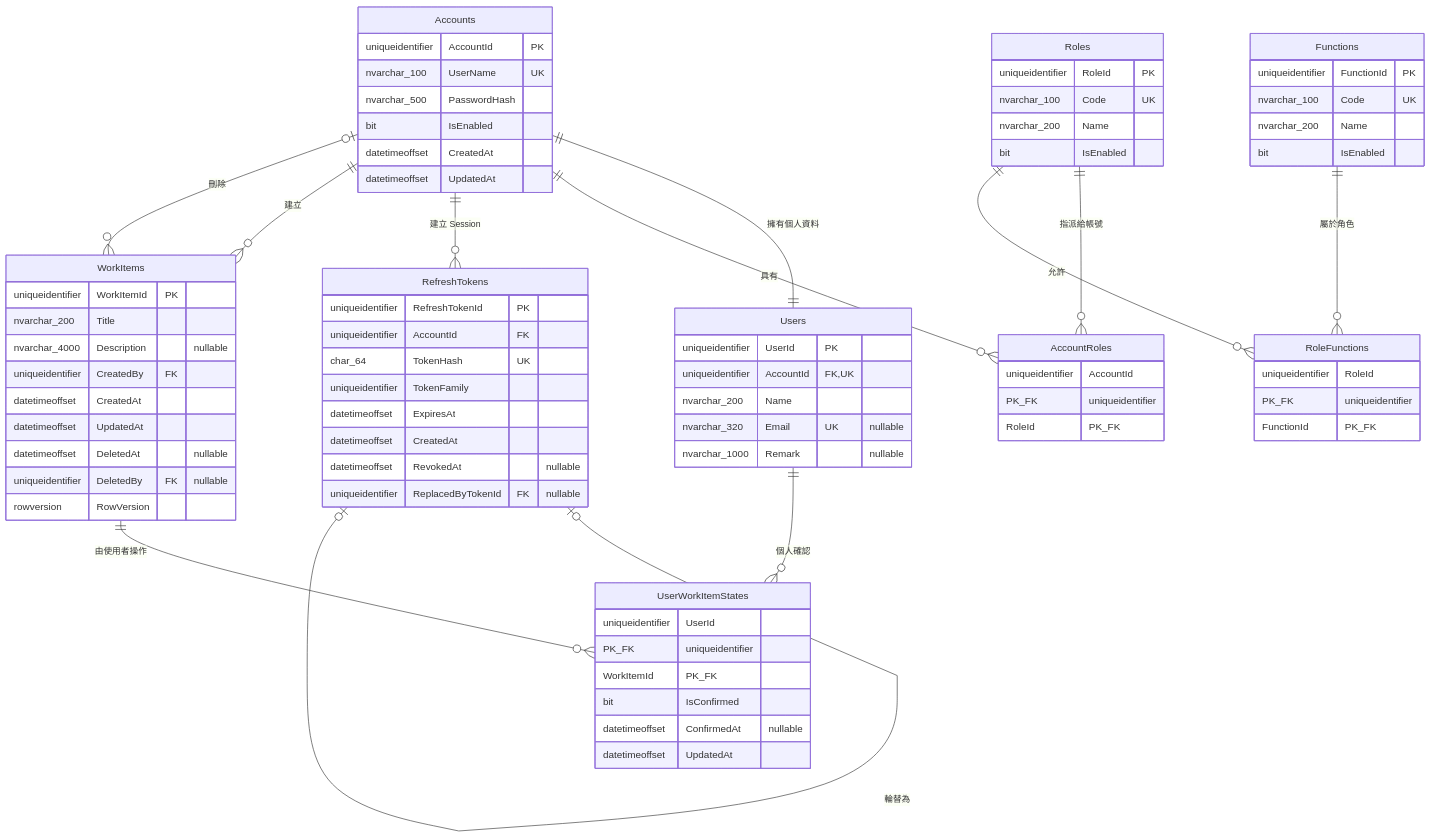
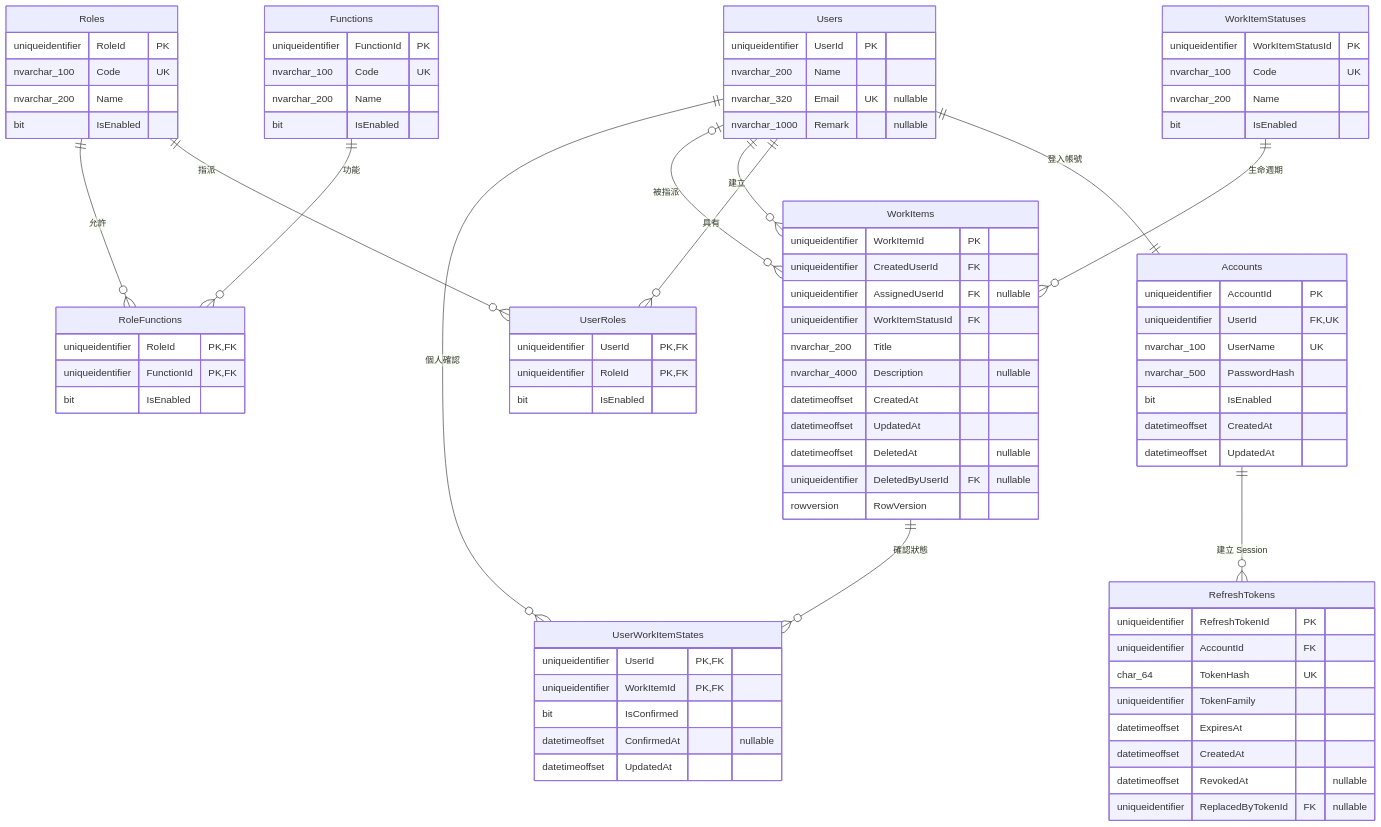
The diagram in database/Schema.md (JJDing-Louis/MyWorkItem_Backend), drawn with Mermaid before and after one commit. The commit also changed other lines of this file and 12 other files, not shown here.

Commit message:
refactor: 對齊初始資料庫草圖

````diff
--- a/database/Schema.md
+++ b/database/Schema.md
@@ -10,31 +26,31 @@
 ```mermaid
 erDiagram
-    Accounts ||--|| Users : "擁有個人資料"
-    Accounts ||--o{ AccountRoles : "具有"
-    Roles ||--o{ AccountRoles : "指派給帳號"
+    Users ||--|| Accounts : "登入帳號"
+    Users ||--o{ UserRoles : "具有"
+    Roles ||--o{ UserRoles : "指派"
     Roles ||--o{ RoleFunctions : "允許"
-    Functions ||--o{ RoleFunctions : "屬於角色"
+    Functions ||--o{ RoleFunctions : "功能"
     Accounts ||--o{ RefreshTokens : "建立 Session"
-    RefreshTokens o|--o| RefreshTokens : "輪替為"
-    Accounts ||--o{ WorkItems : "建立"
-    Accounts o|--o{ WorkItems : "刪除"
+    Users ||--o{ WorkItems : "建立"
+    Users o|--o{ WorkItems : "被指派"
+    WorkItemStatuses ||--o{ WorkItems : "生命週期"
     Users ||--o{ UserWorkItemStates : "個人確認"
-    WorkItems ||--o{ UserWorkItemStates : "由使用者操作"
+    WorkItems ||--o{ UserWorkItemStates : "確認狀態"
 
+    Users {
+        uniqueidentifier UserId PK
+        nvarchar_200 Name
+        nvarchar_320 Email UK "nullable"
+        nvarchar_1000 Remark "nullable"
+    }
     Accounts {
         uniqueidentifier AccountId PK
+        uniqueidentifier UserId FK,UK
         nvarchar_100 UserName UK
         nvarchar_500 PasswordHash
         bit IsEnabled
         datetimeoffset CreatedAt
         datetimeoffset UpdatedAt
-    }
-    Users {
-        uniqueidentifier UserId PK
-        uniqueidentifier AccountId FK,UK
-        nvarchar_200 Name
-        nvarchar_320 Email UK "nullable"
-        nvarchar_1000 Remark "nullable"
     }
     Roles {
         uniqueidentifier RoleId PK
@@ -48,13 +64,41 @@
         nvarchar_200 Name
         bit IsEnabled
     }
-    AccountRoles {
-        uniqueidentifier AccountId PK_FK
-        uniqueidentifier RoleId PK_FK
+    UserRoles {
+        uniqueidentifier UserId PK,FK
+        uniqueidentifier RoleId PK,FK
+        bit IsEnabled
     }
     RoleFunctions {
-        uniqueidentifier RoleId PK_FK
-        uniqueidentifier FunctionId PK_FK
+        uniqueidentifier RoleId PK,FK
+        uniqueidentifier FunctionId PK,FK
+        bit IsEnabled
+    }
+    WorkItemStatuses {
+        uniqueidentifier WorkItemStatusId PK
+        nvarchar_100 Code UK
+        nvarchar_200 Name
+        bit IsEnabled
+    }
+    WorkItems {
+        uniqueidentifier WorkItemId PK
+        uniqueidentifier CreatedUserId FK
+        uniqueidentifier AssignedUserId FK "nullable"
+        uniqueidentifier WorkItemStatusId FK
+        nvarchar_200 Title
+        nvarchar_4000 Description "nullable"
+        datetimeoffset CreatedAt
+        datetimeoffset UpdatedAt
+        datetimeoffset DeletedAt "nullable"
+        uniqueidentifier DeletedByUserId FK "nullable"
+        rowversion RowVersion
+    }
+    UserWorkItemStates {
+        uniqueidentifier UserId PK,FK
+        uniqueidentifier WorkItemId PK,FK
+        bit IsConfirmed
+        datetimeoffset ConfirmedAt "nullable"
+        datetimeoffset UpdatedAt
     }
     RefreshTokens {
         uniqueidentifier RefreshTokenId PK
@@ -66,22 +110,4 @@
         datetimeoffset RevokedAt "nullable"
         uniqueidentifier ReplacedByTokenId FK "nullable"
     }
-    WorkItems {
-        uniqueidentifier WorkItemId PK
-        nvarchar_200 Title
-        nvarchar_4000 Description "nullable"
-        uniqueidentifier CreatedBy FK
-        datetimeoffset CreatedAt
-        datetimeoffset UpdatedAt
-        datetimeoffset DeletedAt "nullable"
-        uniqueidentifier DeletedBy FK "nullable"
-        rowversion RowVersion
-    }
-    UserWorkItemStates {
-        uniqueidentifier UserId PK_FK
-        uniqueidentifier WorkItemId PK_FK
-        bit IsConfirmed
-        datetimeoffset ConfirmedAt "nullable"
-        datetimeoffset UpdatedAt
-    }
 ```
````
